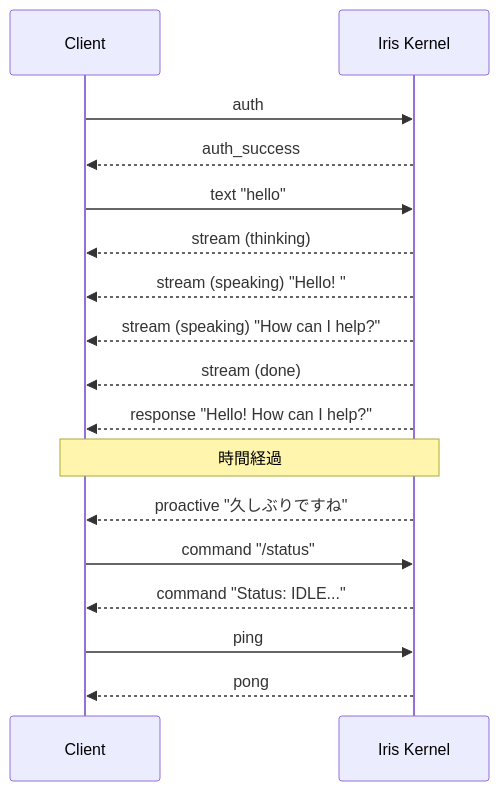
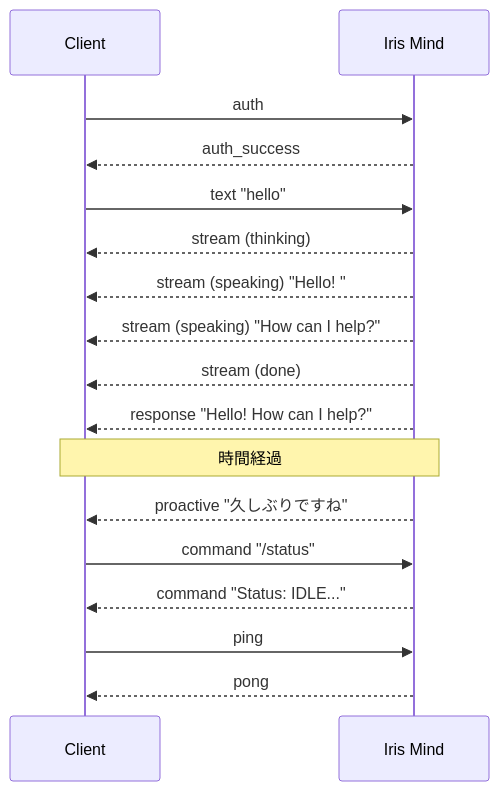
One commit to ibukani/iris-mind changed the first of 3 diagrams in docs/client-guide.md. Above: the diagram before and after it, drawn with Mermaid. The commit also changed other lines of this file and 4 other files, not shown here.

First line of the commit message:
rename: プロジェクト名 iris-kernel → iris-mind

````diff
--- a/docs/client-guide.md
+++ b/docs/client-guide.md
@@ -13,24 +13,24 @@
 ```mermaid
 sequenceDiagram
     participant C as Client
-    participant K as Iris Kernel
+    participant K as Iris Mind
 
     C->>K: auth
     K-->>C: auth_success
 
     C->>K: text "hello"
     K-->>C: stream (thinking)
     K-->>C: stream (speaking) "Hello! "
     K-->>C: stream (speaking) "How can I help?"
     K-->>C: stream (done)
     K-->>C: response "Hello! How can I help?"
 
     Note over C,K: 時間経過
 
     K-->>C: proactive "久しぶりですね"
 
     C->>K: command "/status"
     K-->>C: command "Status: IDLE..."
     C->>K: ping
     K-->>C: pong
 ```
````
